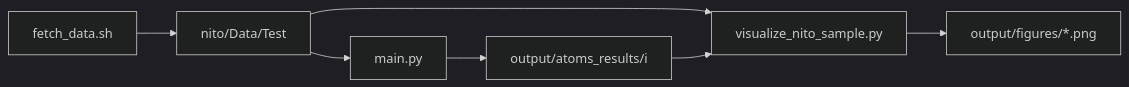
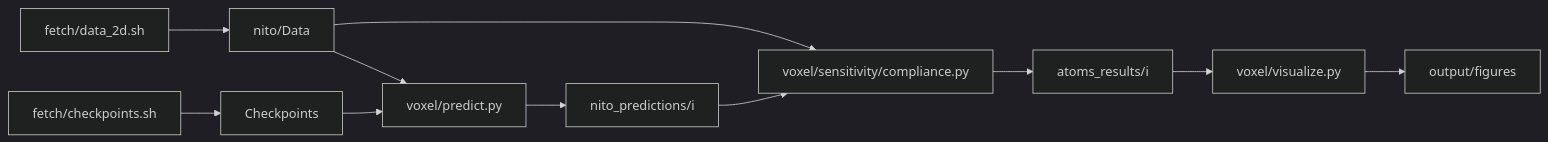
Before and after one commit to arnold-pdev/TOSA: the second of 2 diagrams in README.md, drawn with Mermaid (dark theme). The commit also changed other lines of this file and 40 other files, not shown here.

````diff
--- a/README.md
+++ b/README.md
@@ -95,9 +197,13 @@
 ```mermaid
 flowchart LR
-  fetch[fetch_data.sh] --> data[nito/Data/Test]
-  data --> sens[main.py]
-  sens --> results[output/atoms_results/i]
-  data --> viz[visualize_nito_sample.py]
-  results --> viz
-  viz --> fig[output/figures/*.png]
+  fetch[fetch/data_2d.sh] --> data[nito/Data]
+  ckpt[fetch/checkpoints.sh] --> weights[Checkpoints]
+  data --> pred[voxel/predict.py]
+  weights --> pred
+  pred --> rho_out[nito_predictions/i]
+  data --> arch[voxel/sensitivity/compliance.py]
+  rho_out --> arch
+  arch --> results[atoms_results/i]
+  results --> viz[voxel/visualize.py]
+  viz --> fig[output/figures]
 ```
````
